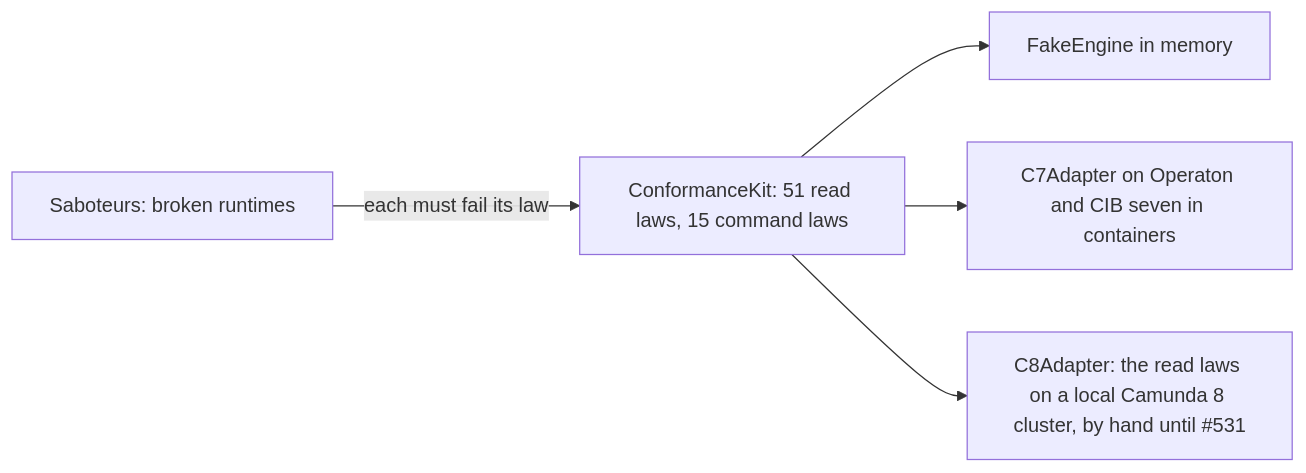
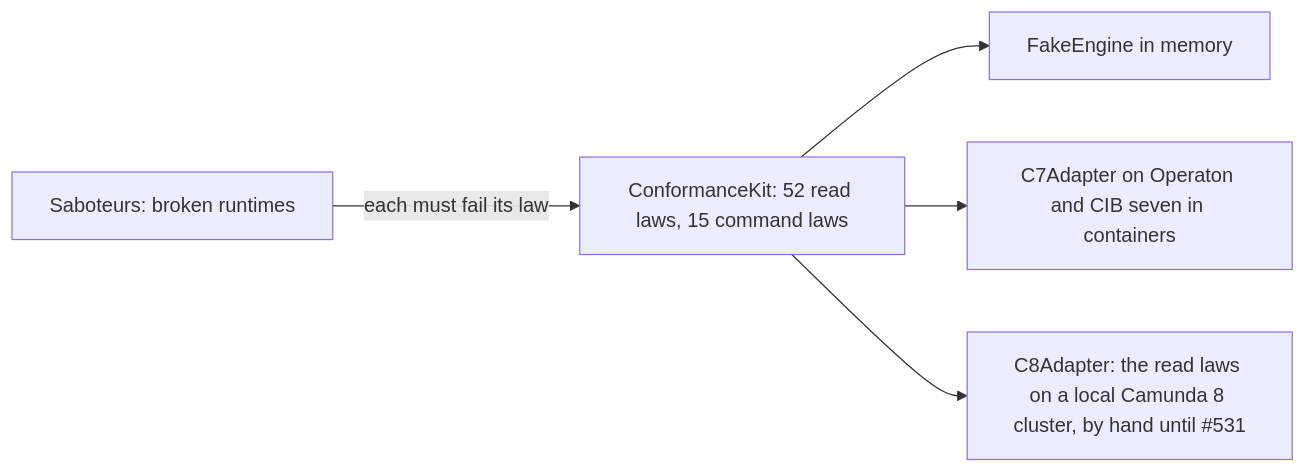
One commit to Miragon/pulse changed the seventh of 7 diagrams in apps/vscode/docs/architecture-overview.md. Above: the diagram before and after it, drawn with Mermaid. The commit also changed other lines of this file and 239 other files, not shown here.

````diff
--- a/apps/vscode/docs/architecture-overview.md
+++ b/apps/vscode/docs/architecture-overview.md
@@ -272,8 +272,8 @@
 ```mermaid
 flowchart LR
-  kit[ConformanceKit: 51 read laws, 15 command laws]
+  kit[ConformanceKit: 52 read laws, 15 command laws]
   kit --> fake[FakeEngine in memory]
   kit --> c7[C7Adapter on Operaton and CIB seven in containers]
   kit --> c8["C8Adapter: the read laws on a local Camunda 8 cluster, by hand until #531"]
   saboteurs[Saboteurs: broken runtimes] -- each must fail its law --> kit
 ```
````
